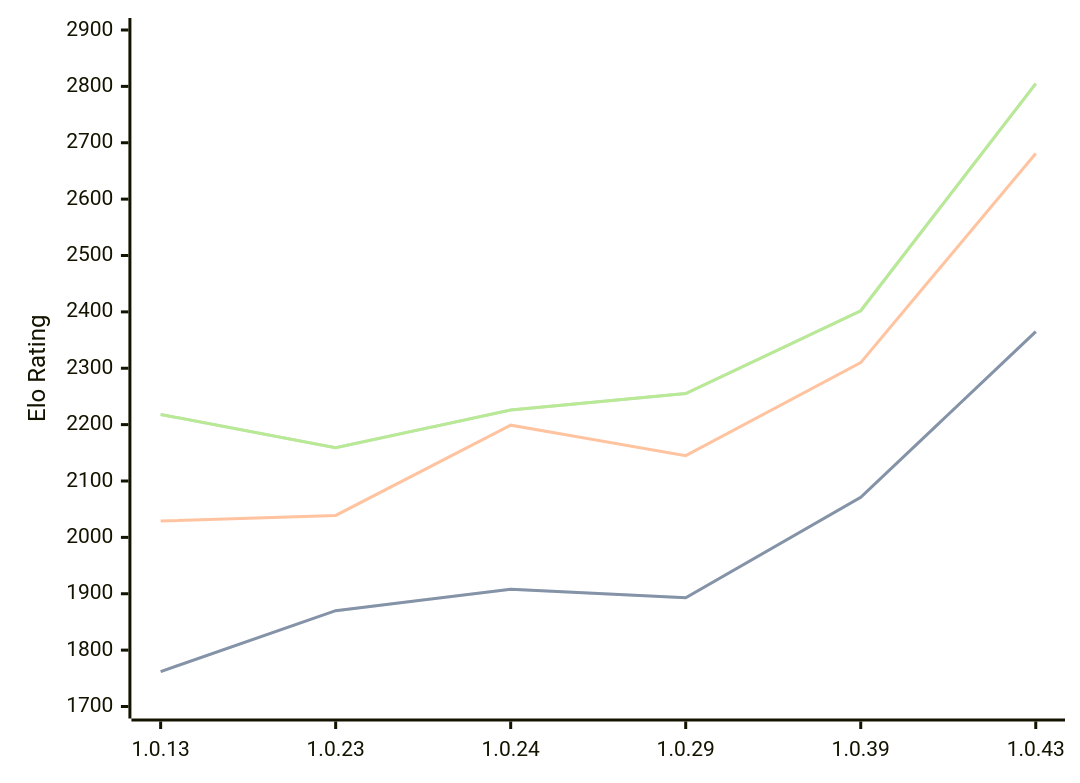
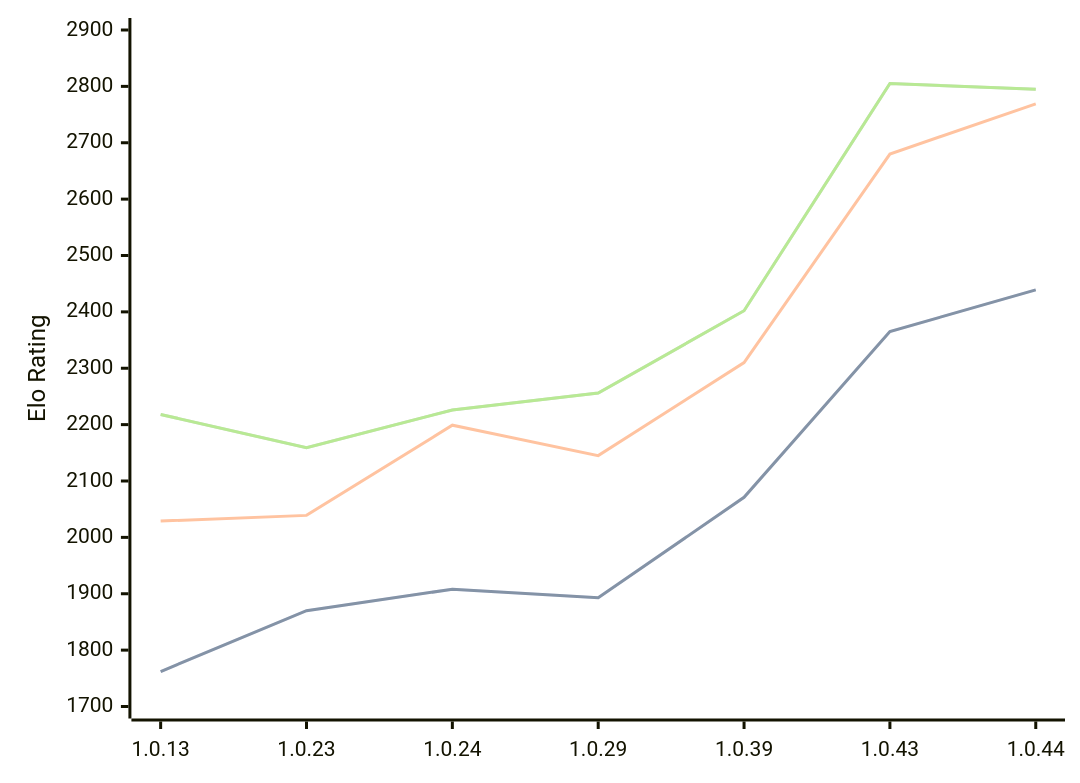
The diagram in engines/RustyRival.md (computer-chess-index/cci), drawn with Mermaid before and after one commit. The commit also changed other lines of this file, not shown here.

Commit message:
Update CCI Ratings (ELO VLTC) - 2026-07-21

````diff
--- a/engines/RustyRival.md
+++ b/engines/RustyRival.md
@@ -70,11 +70,11 @@
 ```mermaid
 %%{init: {"theme":"base","themeVariables":{"seriesColors:['#a3a3a3','#222221','#faa371']}}}%%
 xychart-beta
-  x-axis ["1.0.13", "1.0.23", "1.0.24", "1.0.29", "1.0.39", "1.0.43"]
+  x-axis ["1.0.13", "1.0.23", "1.0.24", "1.0.29", "1.0.39", "1.0.43", "1.0.44"]
   y-axis "Elo Rating" 1700 --> 2900
-  line "STC (8.0+0.08s)" [1762, 1870, 1908, 1893, 2071, 2365]
-  line "STC (8.0+0.08s)" [1762, 1870, 1908, 1893, 2071, 2365]
-  line "LTC (60.0+0.60s)" [2029, 2039, 2199, 2145, 2310, 2681]
-  line "VLTC (2m24s+1.12s)" [2218, 2159, 2226, 2255, 2402, 2805]
-  line "VLTC (2m24s+1.12s)" [2218, 2159, 2226, 2255, 2402, 2805]
+  line "STC (8.0+0.08s)" [1762, 1870, 1908, 1893, 2071, 2365, 2439]
+  line "STC (8.0+0.08s)" [1762, 1870, 1908, 1893, 2071, 2365, 2439]
+  line "LTC (60.0+0.60s)" [2029, 2039, 2199, 2145, 2310, 2680, 2769]
+  line "VLTC (2m24s+1.12s)" [2218, 2159, 2226, 2256, 2402, 2805, 2795]
+  line "VLTC (2m24s+1.12s)" [2218, 2159, 2226, 2256, 2402, 2805, 2795]
 ```
````
